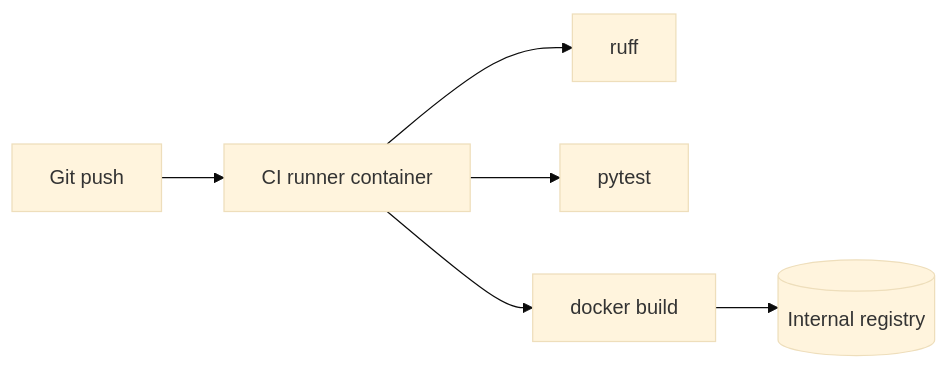
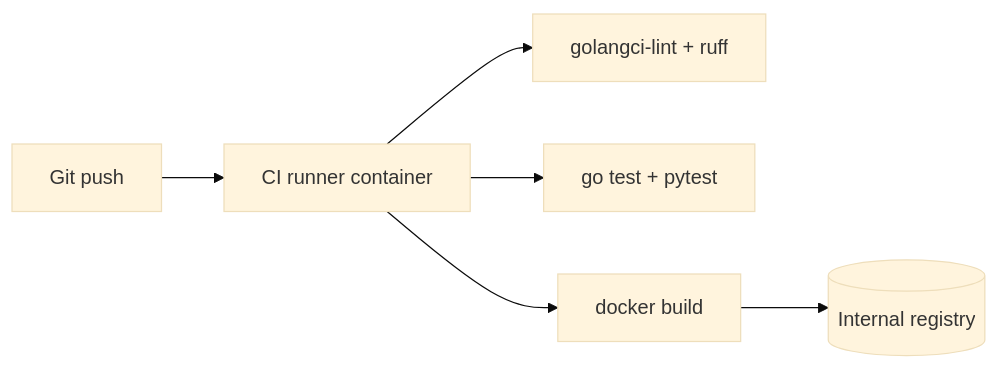
The diagram in tasks/003-ci-pipeline.md (flykby/anonimus_chat), drawn with Mermaid (base theme) before and after one commit. The commit also changed other lines of this file and 7 other files, not shown here.

````diff
--- a/tasks/003-ci-pipeline.md
+++ b/tasks/003-ci-pipeline.md
@@ -36,8 +36,8 @@
 ```mermaid
 flowchart LR
     Git[Git push] --> CI[CI runner container]
-    CI --> Lint[ruff]
-    CI --> Test[pytest]
+    CI --> Lint[golangci-lint + ruff]
+    CI --> Test[go test + pytest]
     CI --> Build[docker build]
     Build --> Reg[(Internal registry)]
 ```
````
